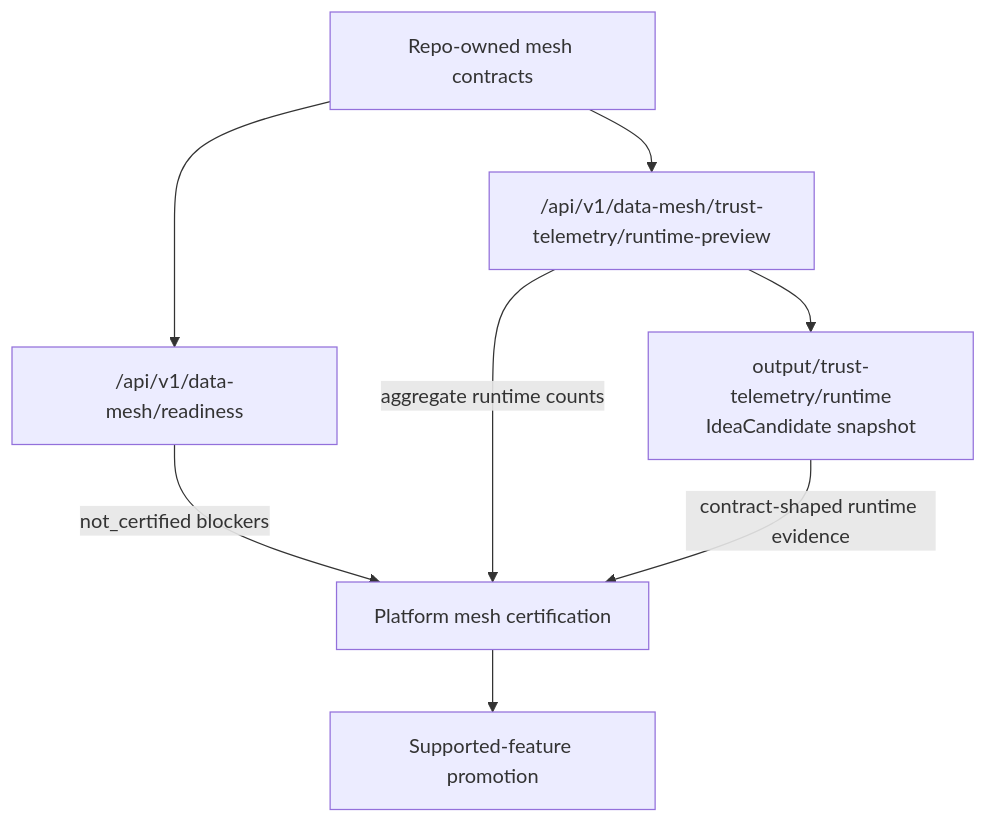
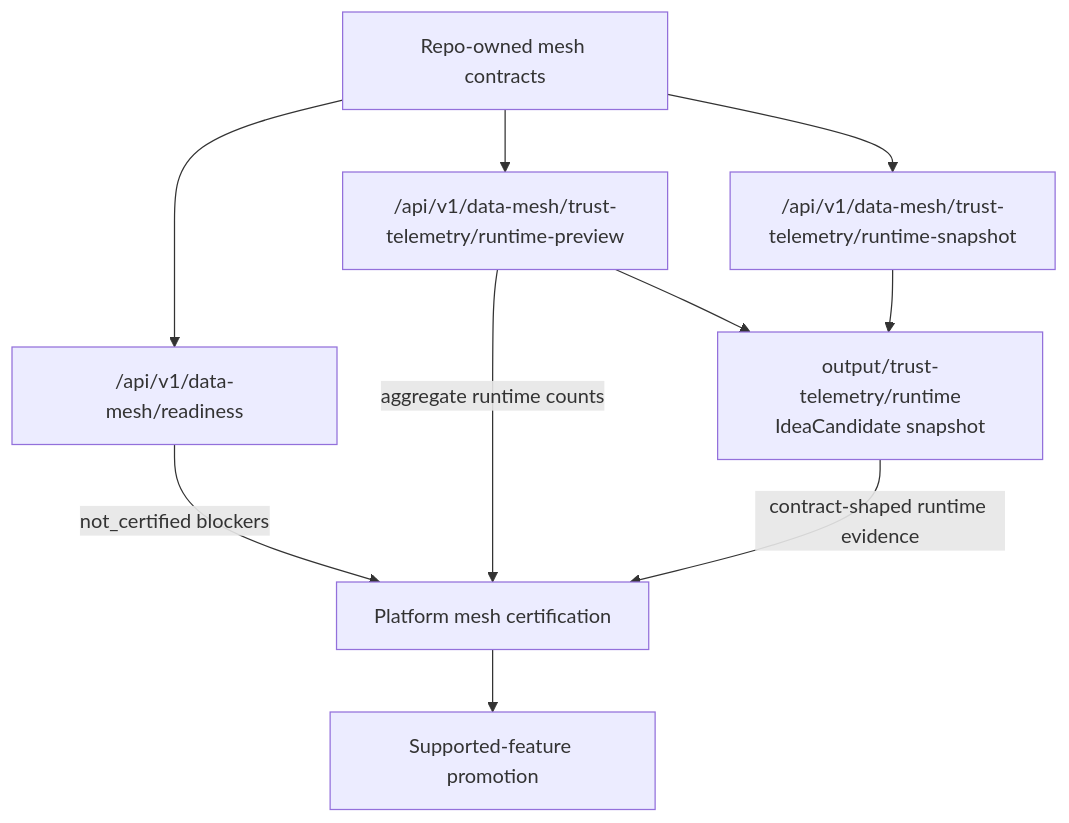
One commit to sgajbi/lotus-idea changed the second of 2 diagrams in wiki/Architecture.md. Above: the diagram before and after it, drawn with Mermaid. The commit also changed other lines of this file and 16 other files, not shown here.

Commit message:
Document runtime trust telemetry snapshot posture

````diff
--- a/wiki/Architecture.md
+++ b/wiki/Architecture.md
@@ -48,17 +48,20 @@
 ```mermaid
 flowchart TD
     Contracts["Repo-owned mesh contracts"]
     Readiness["/api/v1/data-mesh/readiness"]
     Preview["/api/v1/data-mesh/trust-telemetry/runtime-preview"]
+    SnapshotEndpoint["/api/v1/data-mesh/trust-telemetry/runtime-snapshot"]
     Snapshot["output/trust-telemetry/runtime<br/>IdeaCandidate snapshot"]
     Platform["Platform mesh certification"]
     Promotion["Supported-feature promotion"]
 
     Contracts --> Readiness
     Contracts --> Preview
+    Contracts --> SnapshotEndpoint
     Preview --> Snapshot
+    SnapshotEndpoint --> Snapshot
     Readiness -->|"not_certified blockers"| Platform
     Preview -->|"aggregate runtime counts"| Platform
     Snapshot -->|"contract-shaped runtime evidence"| Platform
     Platform --> Promotion
 ```
````
